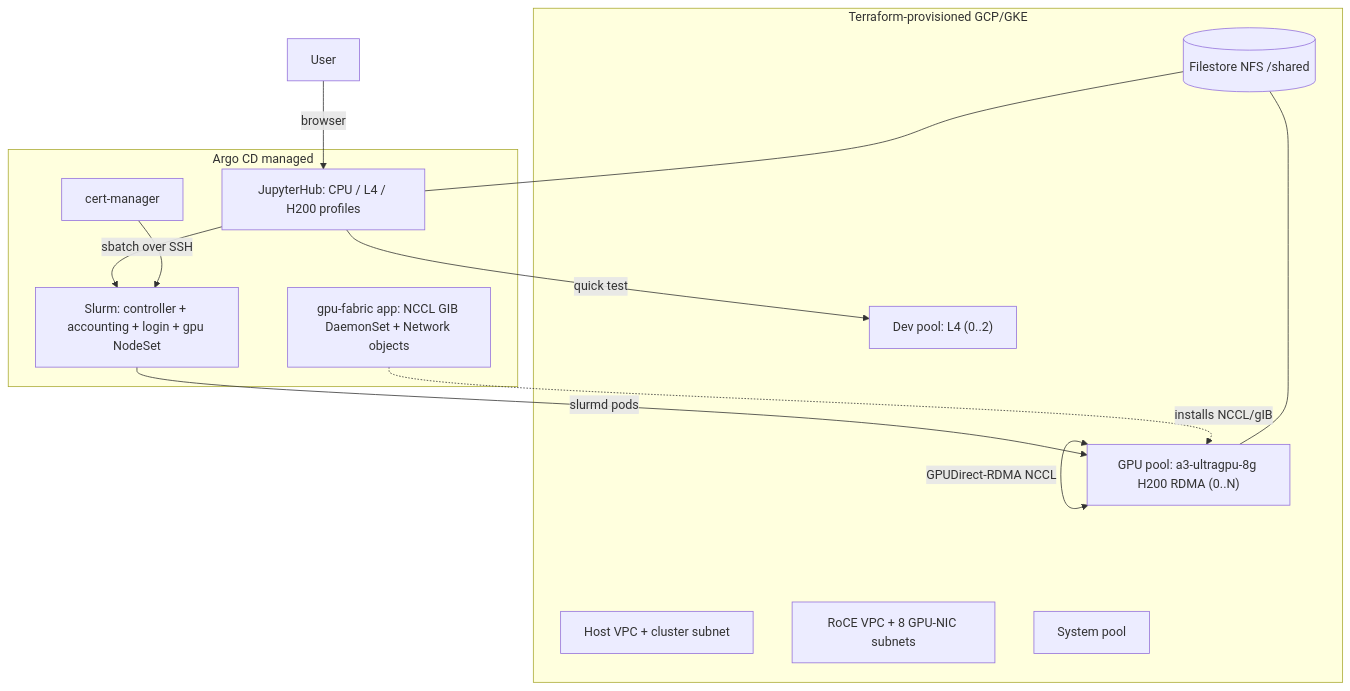
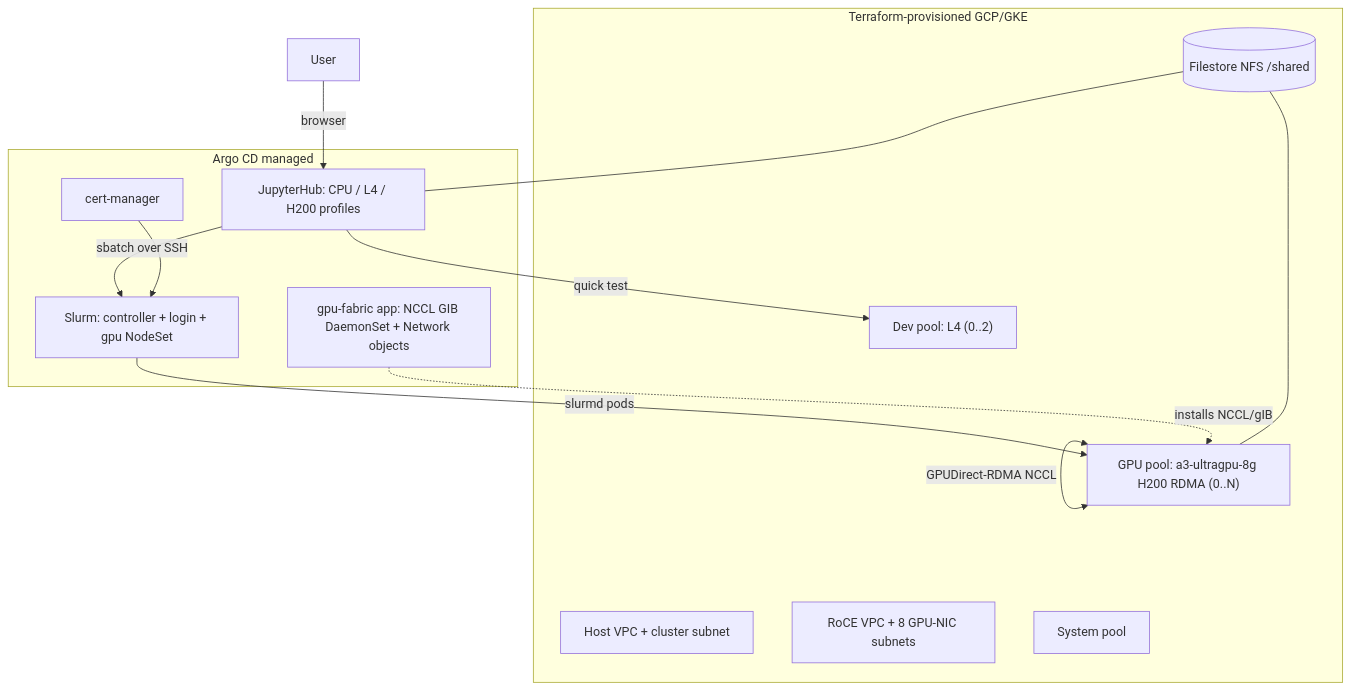
Before and after one commit to ogoldstein-spacex/k8s_deploy: the diagram in README.md, drawn with Mermaid. The commit also changed other lines of this file and 11 other files, not shown here.

````diff
--- a/README.md
+++ b/README.md
@@ -20,26 +20,26 @@
 ```mermaid
 flowchart TB
   subgraph gcp [Terraform-provisioned GCP/GKE]
     hostVPC[Host VPC + cluster subnet]
     rdmaVPC[RoCE VPC + 8 GPU-NIC subnets]
     cpuPool[System pool]
     devPool["Dev pool: L4 (0..2)"]
     gpuPool["GPU pool: a3-ultragpu-8g H200 RDMA (0..N)"]
     fs[(Filestore NFS /shared)]
   end
   subgraph apps [Argo CD managed]
     gib["gpu-fabric app: NCCL GIB DaemonSet + Network objects"]
     certmgr[cert-manager]
-    slurm["Slurm: controller + accounting + login + gpu NodeSet"]
+    slurm["Slurm: controller + login + gpu NodeSet"]
     jhub["JupyterHub: CPU / L4 / H200 profiles"]
   end
   dev[User] -->|browser| jhub
   jhub -->|quick test| devPool
   jhub -->|"sbatch over SSH"| slurm
   slurm -->|slurmd pods| gpuPool
   gpuPool <-->|GPUDirect-RDMA NCCL| gpuPool
   gib -. installs NCCL/gIB .-> gpuPool
   certmgr --> slurm
   fs --- gpuPool
   fs --- jhub
 ```
````
